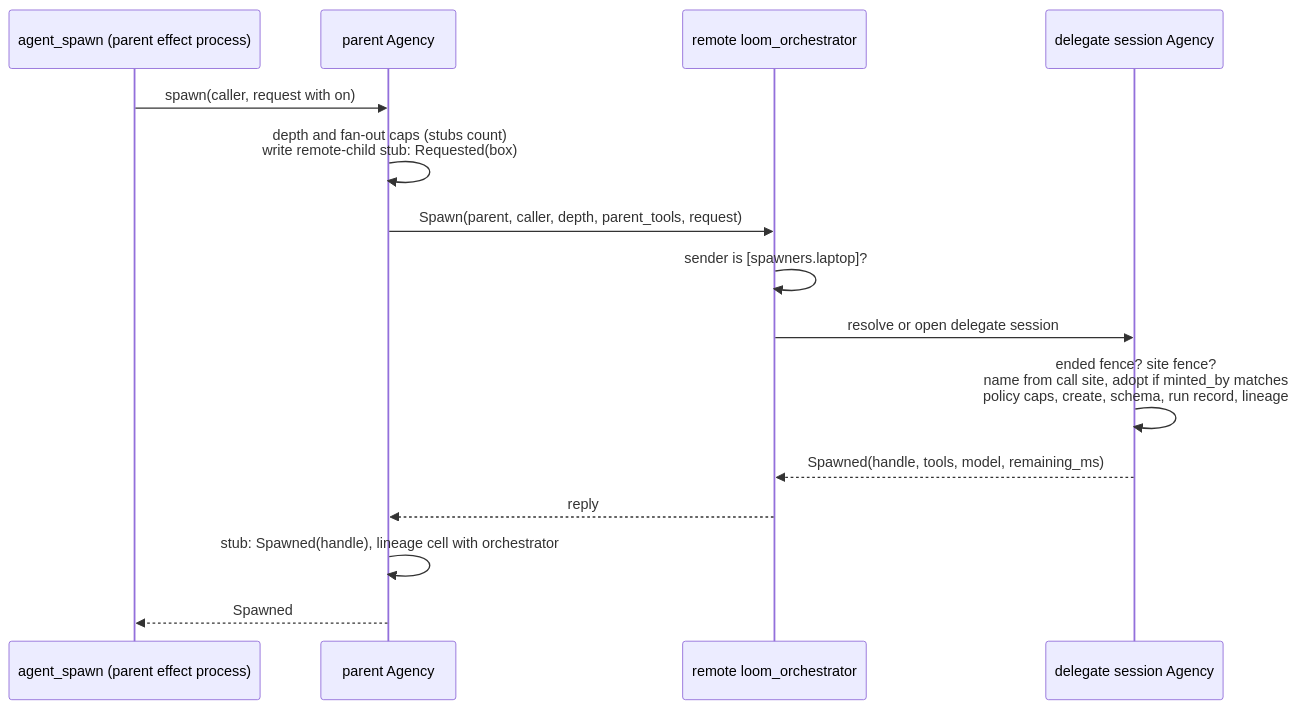
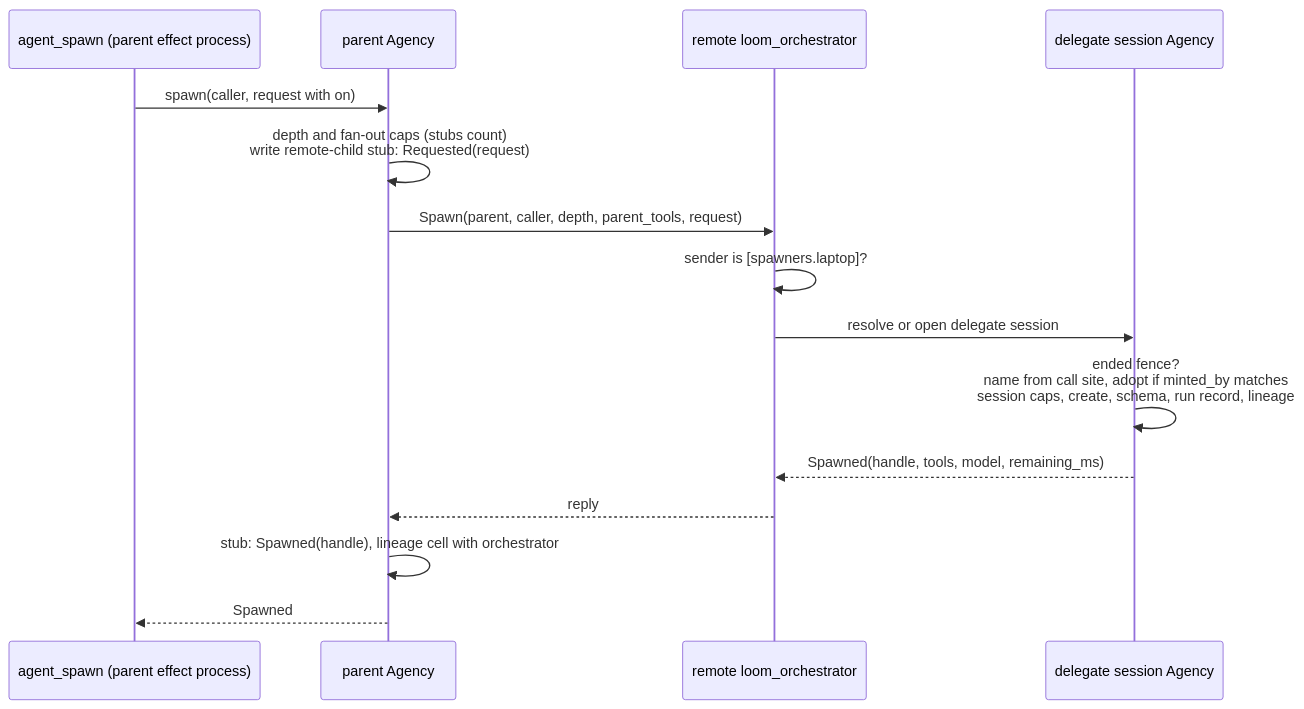
The fourth of 5 diagrams in docs/design-notes/remote-subagents.md (Roasbeef/loom), drawn with Mermaid before and after one commit. The commit also changed other lines of this file, not shown here.

First line of the commit message:
docs: simplify phase 1 of remote subagents

````diff
--- a/docs/design-notes/remote-subagents.md
+++ b/docs/design-notes/remote-subagents.md
@@ -424,17 +509,17 @@
 ```mermaid
 sequenceDiagram
     participant T as agent_spawn (parent effect process)
     participant P as parent Agency
     participant R as remote loom_orchestrator
     participant A as delegate session Agency
     T->>P: spawn(caller, request with on)
-    P->>P: depth and fan-out caps (stubs count)<br/>write remote-child stub: Requested(box)
+    P->>P: depth and fan-out caps (stubs count)<br/>write remote-child stub: Requested(request)
     P->>R: Spawn(parent, caller, depth, parent_tools, request)
     R->>R: sender is [spawners.laptop]?
     R->>A: resolve or open delegate session
-    A->>A: ended fence? site fence?<br/>name from call site, adopt if minted_by matches<br/>policy caps, create, schema, run record, lineage
+    A->>A: ended fence?<br/>name from call site, adopt if minted_by matches<br/>session caps, create, schema, run record, lineage
     A-->>R: Spawned(handle, tools, model, remaining_ms)
     R-->>P: reply
     P->>P: stub: Spawned(handle), lineage cell with orchestrator
     P-->>T: Spawned
 ```
````
